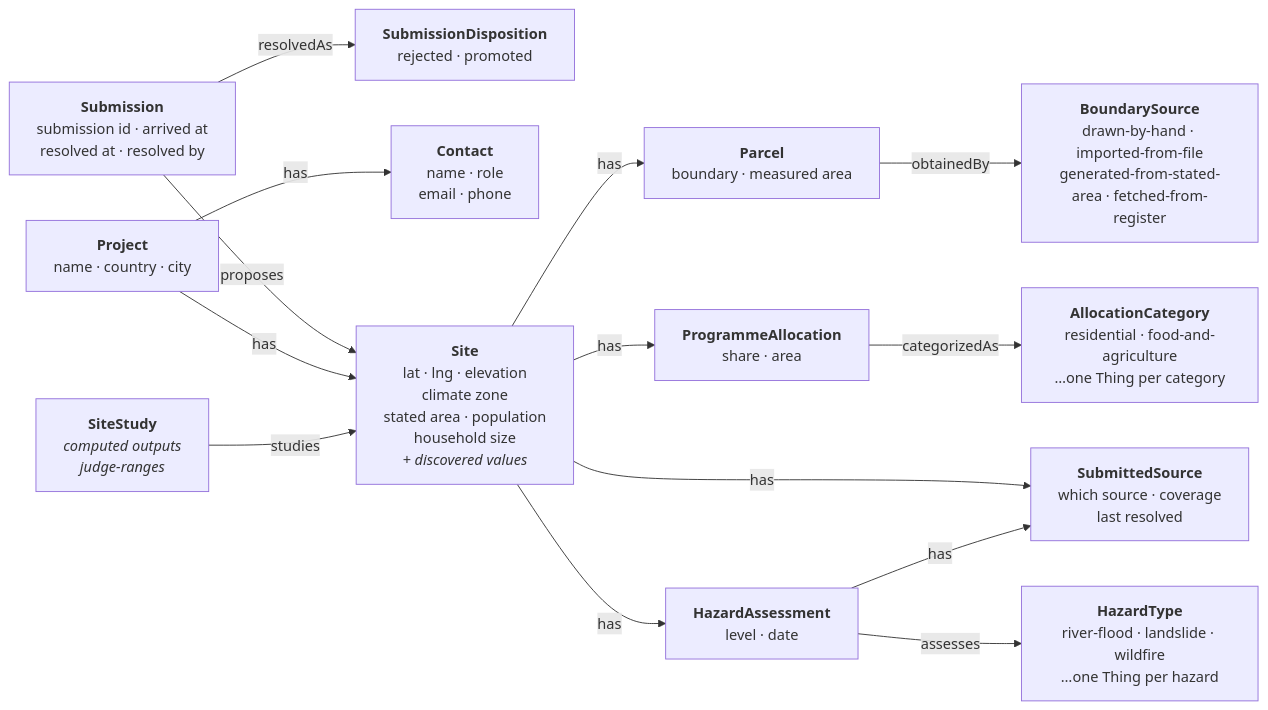
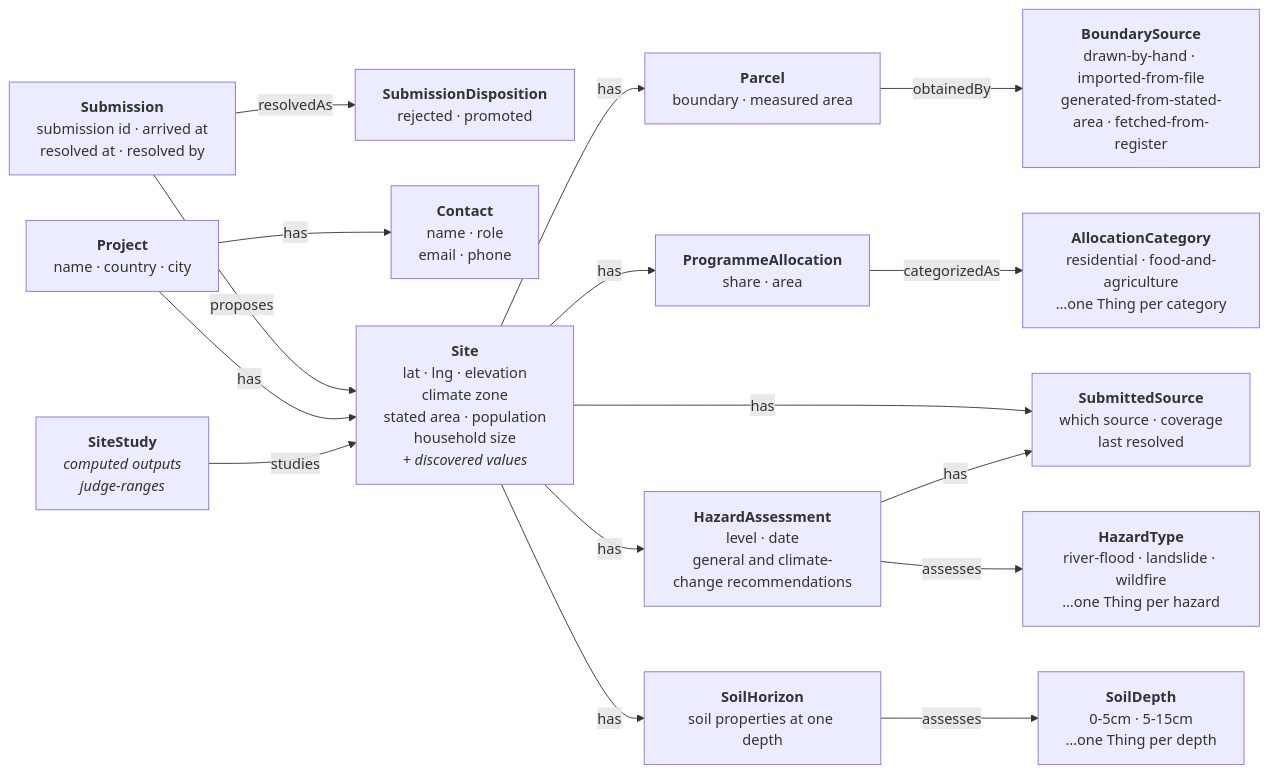
The sixth of 10 diagrams in docs/LAND_INTAKE.md (ReGen-Villages/VillageOS-API), drawn with Mermaid before and after one commit. The commit also changed other lines of this file, not shown here.

````diff
--- a/docs/LAND_INTAKE.md
+++ b/docs/LAND_INTAKE.md
@@ -732,31 +706,35 @@
 ```mermaid
 flowchart LR
   SU["<b>Submission</b><br/>submission id · arrived at<br/>resolved at · resolved by"]
   SD["<b>SubmissionDisposition</b><br/>rejected · promoted"]
   PR["<b>Project</b><br/>name · country · city"]
   CO["<b>Contact</b><br/>name · role<br/>email · phone"]
   SI["<b>Site</b><br/>lat · lng · elevation<br/>climate zone<br/>stated area · population<br/>household size<br/><i>+ discovered values</i>"]
   ST["<b>SiteStudy</b><br/><i>computed outputs</i><br/><i>judge-ranges</i>"]
   PA["<b>Parcel</b><br/>boundary · measured area"]
   AL["<b>ProgrammeAllocation</b><br/>share · area"]
-  HA["<b>HazardAssessment</b><br/>level · date"]
+  HA["<b>HazardAssessment</b><br/>level · date<br/>general and climate-change recommendations"]
+  SH["<b>SoilHorizon</b><br/>soil properties at one depth"]
   DS["<b>SubmittedSource</b><br/>which source · coverage<br/>last resolved"]
 
   BS["<b>BoundarySource</b><br/>drawn-by-hand · imported-from-file<br/>generated-from-stated-area · fetched-from-register"]
   AC["<b>AllocationCategory</b><br/>residential · food-and-agriculture<br/>…one Thing per category"]
   HT["<b>HazardType</b><br/>river-flood · landslide · wildfire<br/>…one Thing per hazard"]
+  SDE["<b>SoilDepth</b><br/>0-5cm · 5-15cm<br/>…one Thing per depth"]
 
   SU -->|proposes| SI
   SU -->|resolvedAs| SD
   PR -->|has| CO
   PR -->|has| SI
   SI -->|has| PA
   SI -->|has| AL
   SI -->|has| HA
   SI -->|has| DS
   HA -->|has| DS
   ST -->|studies| SI
   PA -->|obtainedBy| BS
   AL -->|categorizedAs| AC
   HA -->|assesses| HT
+  SI -->|has| SH
+  SH -->|assesses| SDE
 ```
````
